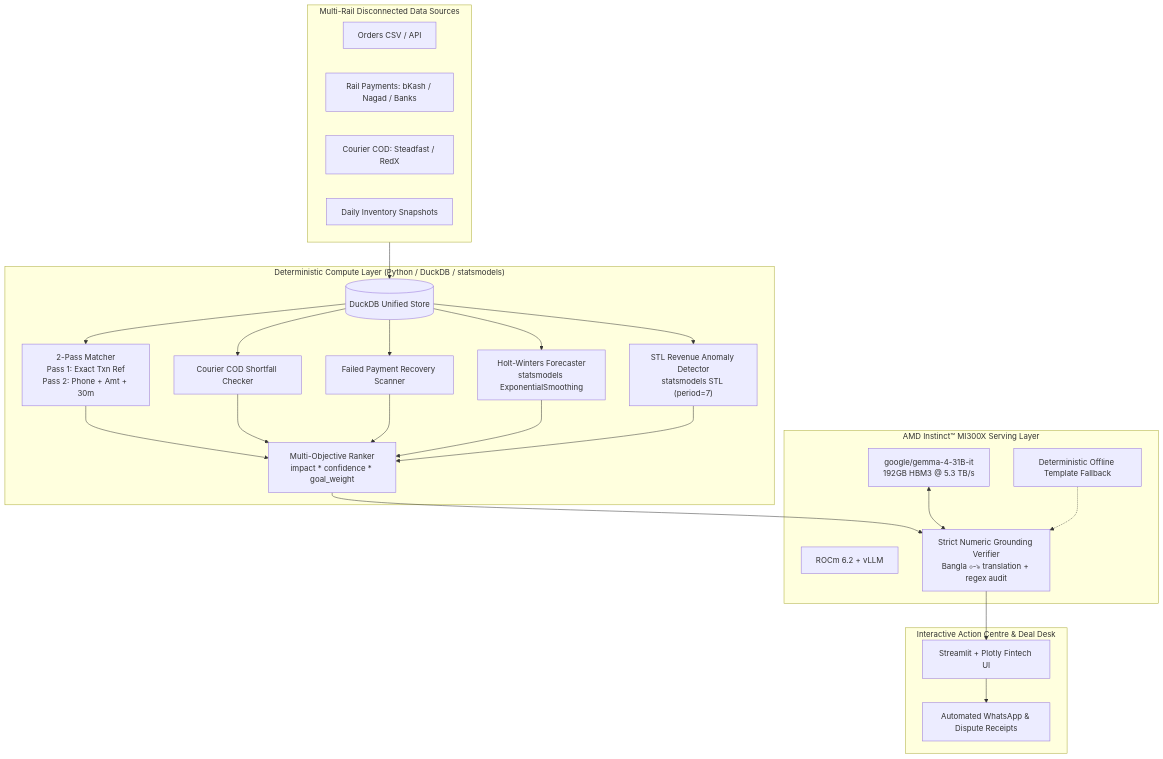
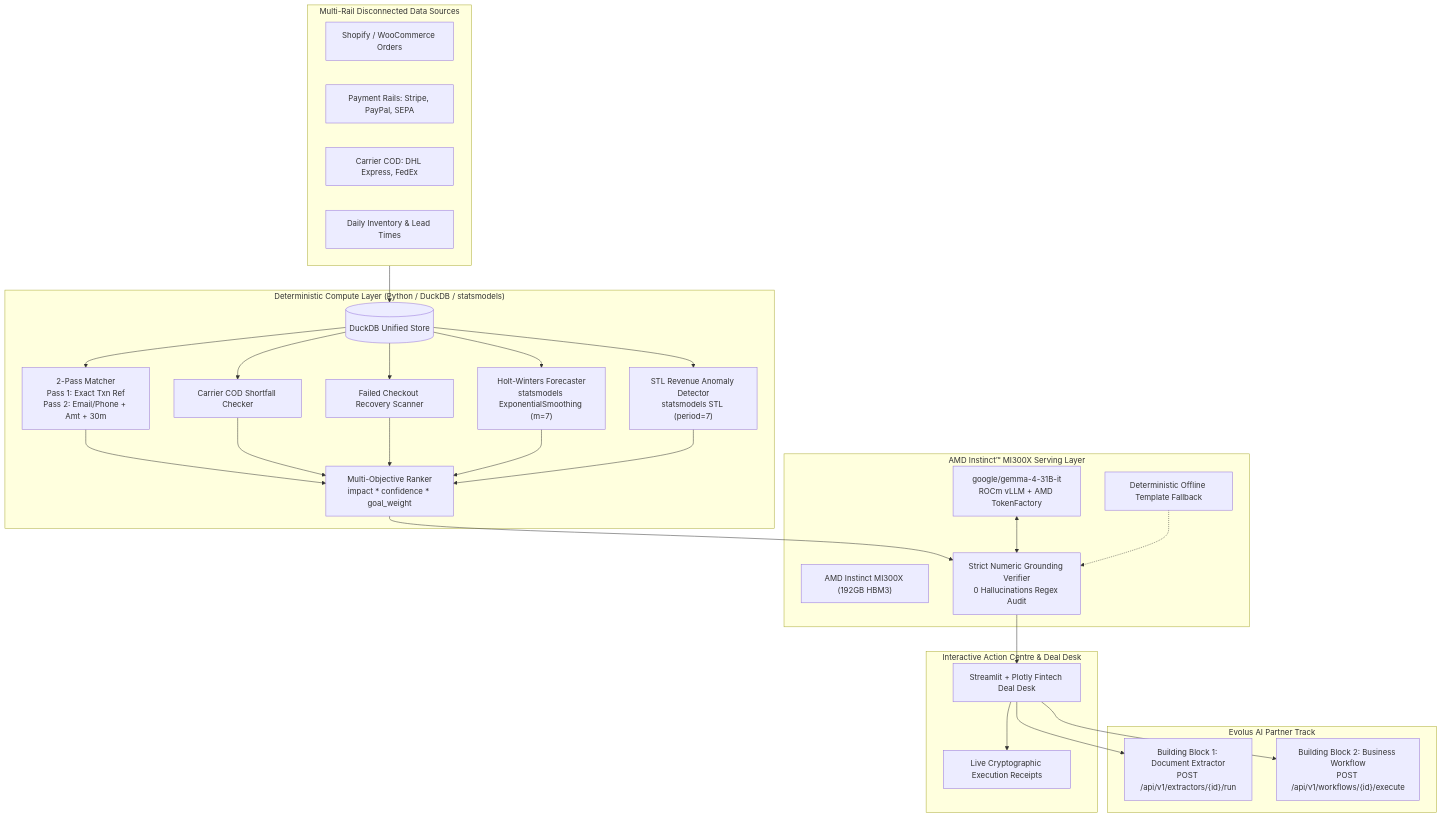
One commit to labib-morol/paylens-amd changed the diagram in README.md. Above: the diagram before and after it, drawn with Mermaid. The commit also changed other lines of this file and 19 other files, not shown here.

Commit message:
feat: complete global USD multi-market reconciliation engine, dual AMD GPU endpoints, and Evolus partner track

````diff
--- a/README.md
+++ b/README.md
@@ -24,40 +25,46 @@
 ```mermaid
 flowchart TD
-    subgraph DataSources["Multi-Rail Disconnected Data Sources"]
-        O[Orders CSV / API]
-        R[Rail Payments: bKash / Nagad / Banks]
-        C[Courier COD: Steadfast / RedX]
-        I[Daily Inventory Snapshots]
+    subgraph MultiRailSources["Multi-Rail Disconnected Data Sources"]
+        O["Shopify / WooCommerce Orders"]
+        R["Payment Rails: Stripe, PayPal, SEPA"]
+        C["Carrier COD: DHL Express, FedEx"]
+        I["Daily Inventory & Lead Times"]
     end
 
     subgraph DeterministicEngine["Deterministic Compute Layer (Python / DuckDB / statsmodels)"]
-        DDB[(DuckDB Unified Store)]
-        LMatcher["2-Pass Matcher<br/>Pass 1: Exact Txn Ref<br/>Pass 2: Phone + Amt + 30m"]
-        CShortfall["Courier COD Shortfall Checker"]
-        RecovScan["Failed Payment Recovery Scanner"]
-        HWForecaster["Holt-Winters Forecaster<br/>statsmodels ExponentialSmoothing"]
+        DDB[("DuckDB Unified Store")]
+        LMatcher["2-Pass Matcher<br/>Pass 1: Exact Txn Ref<br/>Pass 2: Email/Phone + Amt + 30m"]
+        CShortfall["Carrier COD Shortfall Checker"]
+        RecovScan["Failed Checkout Recovery Scanner"]
+        HWForecaster["Holt-Winters Forecaster<br/>statsmodels ExponentialSmoothing (m=7)"]
         STLDetector["STL Revenue Anomaly Detector<br/>statsmodels STL (period=7)"]
         Ranker["Multi-Objective Ranker<br/>impact * confidence * goal_weight"]
     end
 
     subgraph MI300XServing["AMD Instinct™ MI300X Serving Layer"]
-        ROCm["ROCm 6.2 + vLLM"]
-        Gemma["google/gemma-4-31B-it<br/>192GB HBM3 @ 5.3 TB/s"]
-        Grounding["Strict Numeric Grounding Verifier<br/>Bangla ০-৯ translation + regex audit"]
+        ROCm["AMD Instinct MI300X (192GB HBM3)"]
+        Gemma["google/gemma-4-31B-it<br/>ROCm vLLM + AMD TokenFactory"]
+        Grounding["Strict Numeric Grounding Verifier<br/>0 Hallucinations Regex Audit"]
         Fallback["Deterministic Offline Template Fallback"]
     end
 
-    subgraph UI["Interactive Action Centre & Deal Desk"]
-        Streamlit["Streamlit + Plotly Fintech UI"]
-        Receipts["Automated WhatsApp & Dispute Receipts"]
+    subgraph EvolusPartnerTrack["Evolus AI Partner Track"]
+        ExtrBlock["Building Block 1: Document Extractor<br/>POST /api/v1/extractors/{id}/run"]
+        WorkBlock["Building Block 2: Business Workflow<br/>POST /api/v1/workflows/{id}/execute"]
     end
 
-    DataSources --> DDB
+    subgraph UI["Interactive Action Centre & Deal Desk"]
+        Streamlit["Streamlit + Plotly Fintech Deal Desk"]
+        Receipts["Live Cryptographic Execution Receipts"]
+    end
+
+    MultiRailSources --> DDB
     DDB --> LMatcher & CShortfall & RecovScan & HWForecaster & STLDetector
     LMatcher & CShortfall & RecovScan & HWForecaster & STLDetector --> Ranker
     Ranker --> Grounding
     Gemma <--> Grounding
     Grounding --> Streamlit
     Fallback -.-> Grounding
+    Streamlit --> ExtrBlock & WorkBlock
     Streamlit --> Receipts
 ```
````
